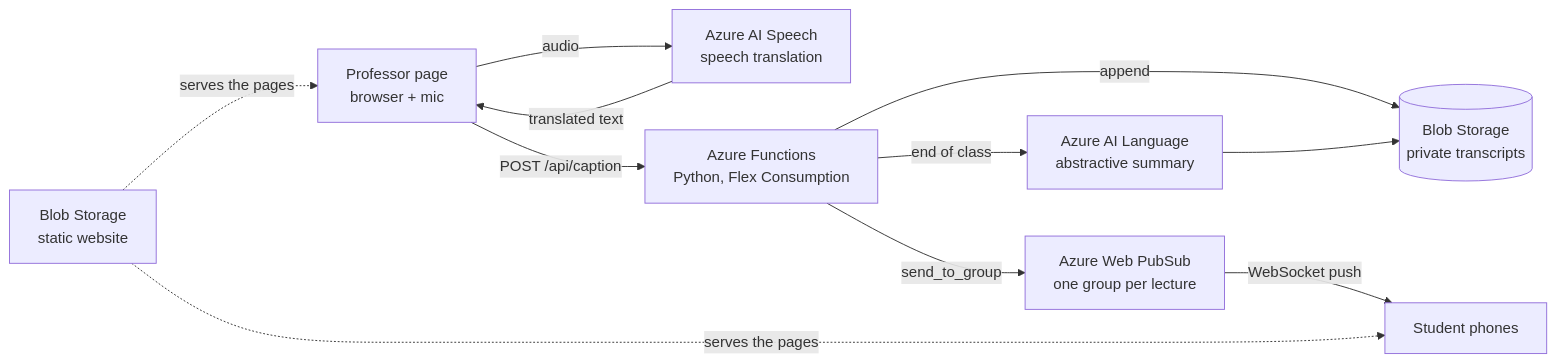
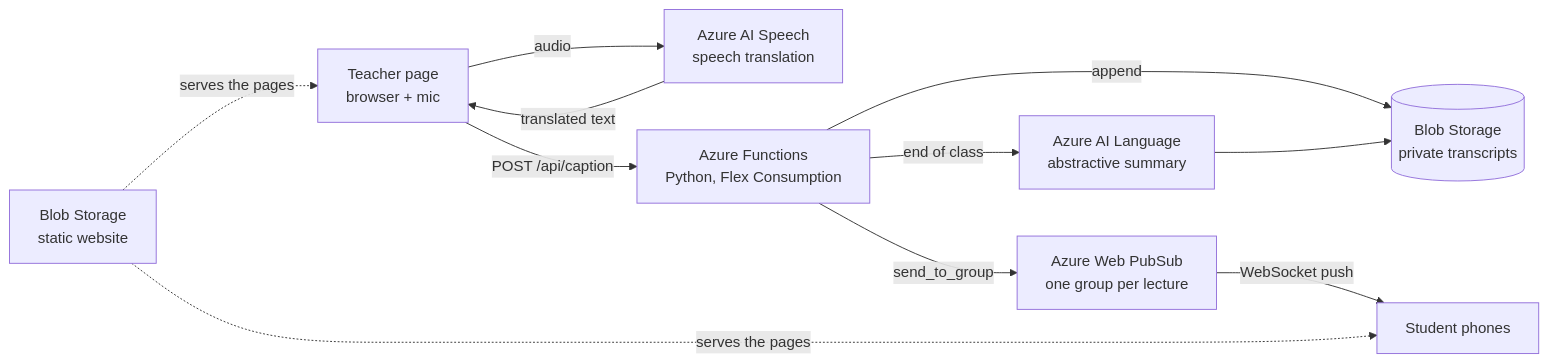
Before and after one commit to houssam-jabar/fhemni: the diagram in README.md, drawn with Mermaid. The commit also changed other lines of this file and 6 other files, not shown here.

````diff
--- a/README.md
+++ b/README.md
@@ -15,13 +22,13 @@
 ```mermaid
 flowchart LR
-    P[Professor page<br/>browser + mic] -- audio --> S[Azure AI Speech<br/>speech translation]
+    P[Teacher page<br/>browser + mic] -- audio --> S[Azure AI Speech<br/>speech translation]
     S -- translated text --> P
     P -- POST /api/caption --> F[Azure Functions<br/>Python, Flex Consumption]
     F -- send_to_group --> W[Azure Web PubSub<br/>one group per lecture]
     W -- WebSocket push --> T[Student phones]
     F -- append --> B[(Blob Storage<br/>private transcripts)]
     F -- end of class --> L[Azure AI Language<br/>abstractive summary]
     L --> B
     H[Blob Storage<br/>static website] -. serves the pages .-> P
     H -. serves the pages .-> T
 ```
````
